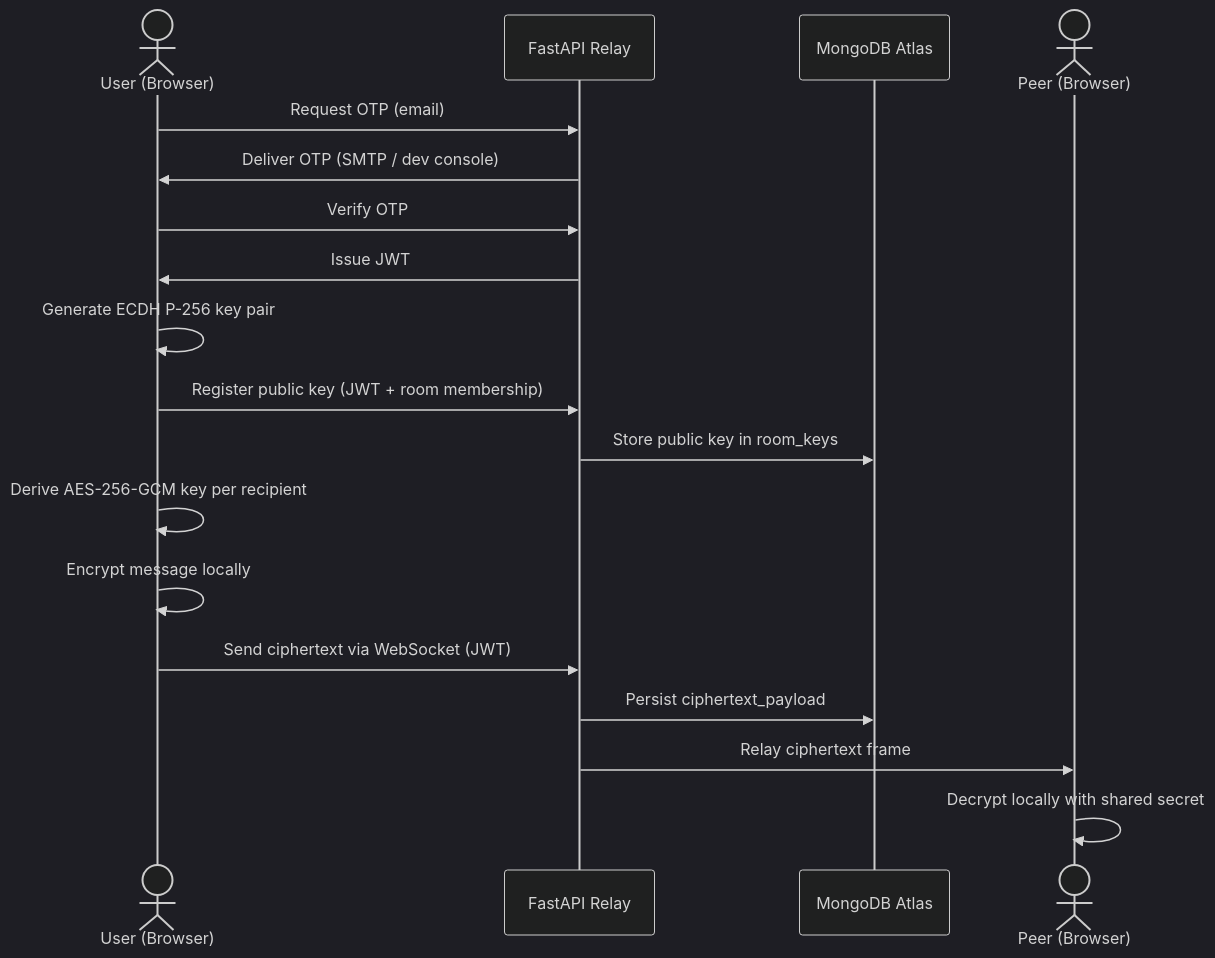
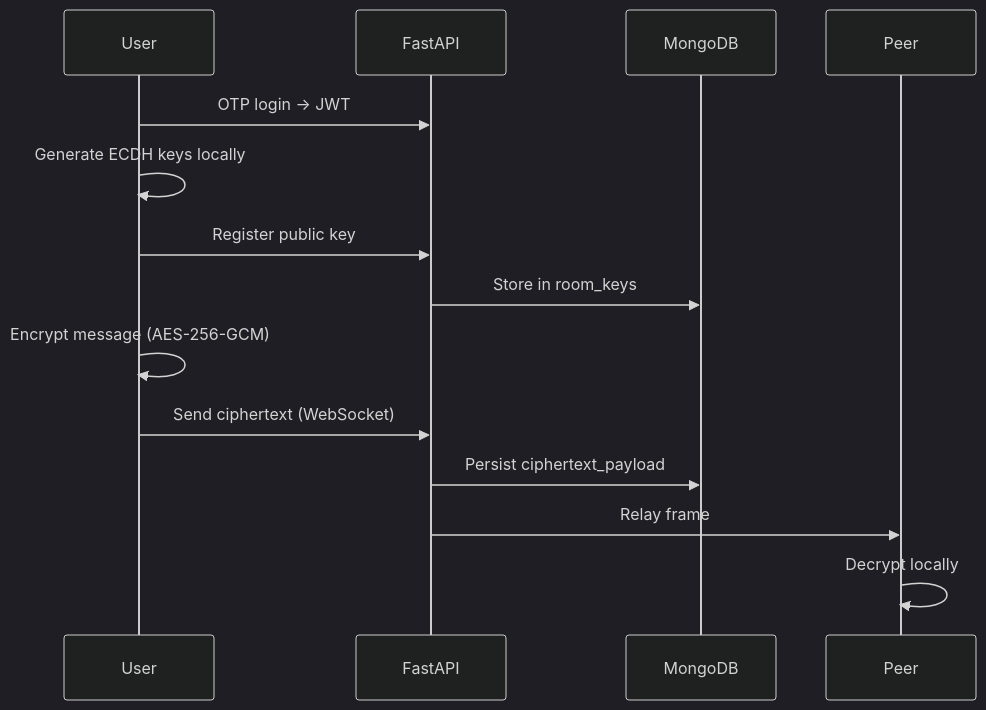
The second of 2 diagrams in README.md (Sireesha-Boyapati/Secure-Communications-Collaboration-System-Design-and-Deployment), drawn with Mermaid (dark theme) before and after one commit. The commit also changed other lines of this file, not shown here.

````diff
--- a/README.md
+++ b/README.md
@@ -75,23 +94,17 @@
 ```mermaid
 sequenceDiagram
-    actor User as User (Browser)
-    participant API as FastAPI Relay
-    participant DB as MongoDB Atlas
-    actor Peer as Peer (Browser)
+    participant U as User
+    participant S as FastAPI
+    participant D as MongoDB
+    participant P as Peer
 
-    User->>API: Request OTP (email)
-    API->>User: Deliver OTP (SMTP / dev console)
-    User->>API: Verify OTP
-    API->>User: Issue JWT
-
-    User->>User: Generate ECDH P-256 key pair
-    User->>API: Register public key (JWT + room membership)
-    API->>DB: Store public key in room_keys
-
-    User->>User: Derive AES-256-GCM key per recipient
-    User->>User: Encrypt message locally
-    User->>API: Send ciphertext via WebSocket (JWT)
-    API->>DB: Persist ciphertext_payload
-    API->>Peer: Relay ciphertext frame
-    Peer->>Peer: Decrypt locally with shared secret
+    U->>S: OTP login → JWT
+    U->>U: Generate ECDH keys locally
+    U->>S: Register public key
+    S->>D: Store in room_keys
+    U->>U: Encrypt message (AES-256-GCM)
+    U->>S: Send ciphertext (WebSocket)
+    S->>D: Persist ciphertext_payload
+    S->>P: Relay frame
+    P->>P: Decrypt locally
 ```
````
